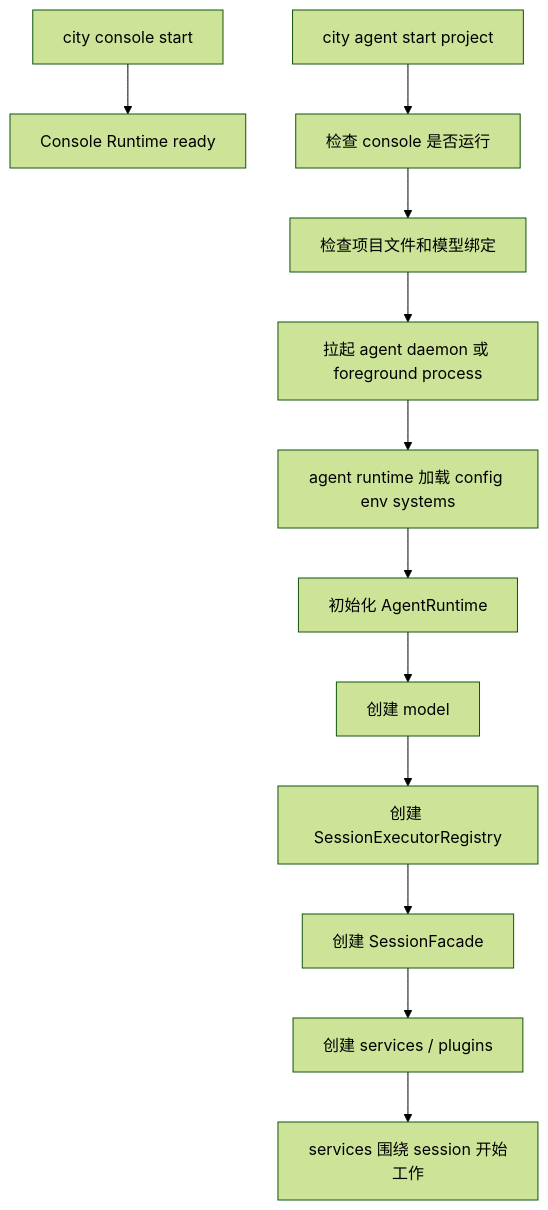
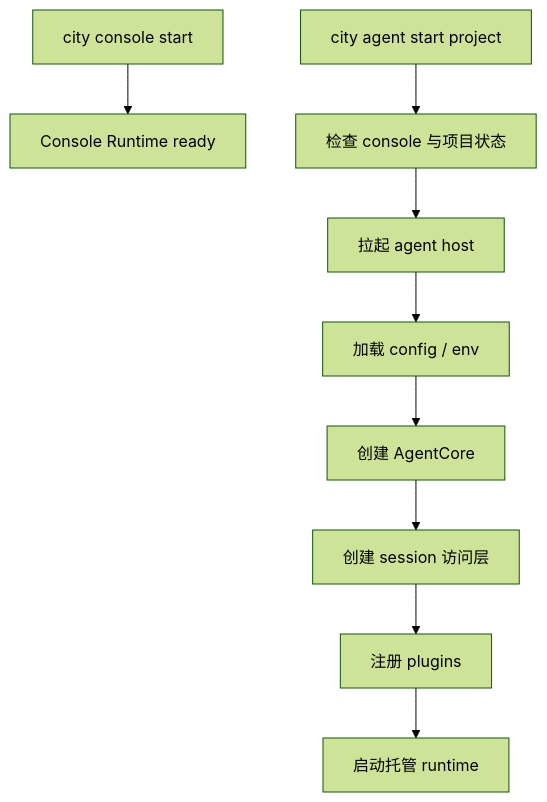
Before and after one commit to wangenius/downcity: the second of 2 diagrams in homepage/content/devdocs/zh/session/console-and-session-runtime.mdx, drawn with Mermaid (forest theme). The commit also changed other lines of this file and 433 other files, not shown here.

Commit message:
refactor(agent,city): unify plugin-session architecture

````diff
--- a/homepage/content/devdocs/zh/session/console-and-session-runtime.mdx
+++ b/homepage/content/devdocs/zh/session/console-and-session-runtime.mdx
@@ -180,14 +108,11 @@
 ```mermaid
 flowchart TD
   A["city console start"] --> B["Console Runtime ready"]
-  C["city agent start project"] --> D["检查 console 是否运行"]
-  D --> E["检查项目文件和模型绑定"]
-  E --> F["拉起 agent daemon 或 foreground process"]
-  F --> G["agent runtime 加载 config env systems"]
-  G --> H["初始化 AgentRuntime"]
-  H --> I["创建 model"]
-  I --> J["创建 SessionExecutorRegistry"]
-  J --> K["创建 SessionFacade"]
-  K --> L["创建 services / plugins"]
-  L --> M["services 围绕 session 开始工作"]
+  C["city agent start project"] --> D["检查 console 与项目状态"]
+  D --> E["拉起 agent host"]
+  E --> F["加载 config / env"]
+  F --> G["创建 AgentCore"]
+  G --> H["创建 session 访问层"]
+  H --> I["注册 plugins"]
+  I --> J["启动托管 runtime"]
 ```
````
